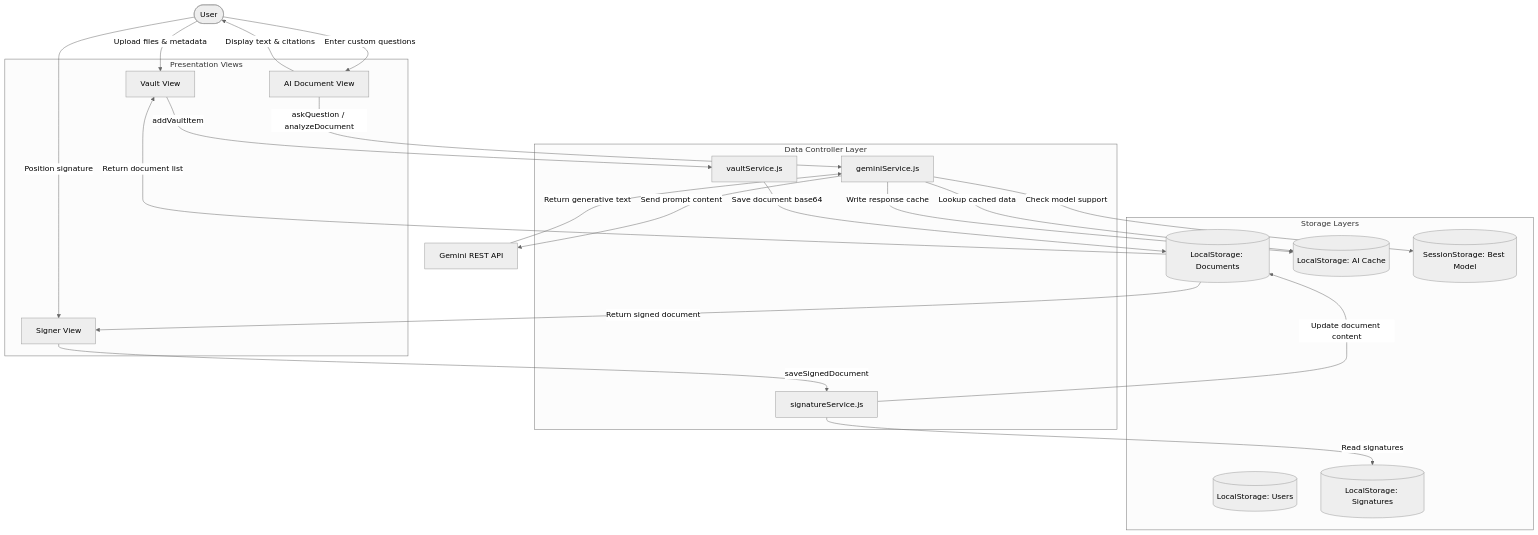
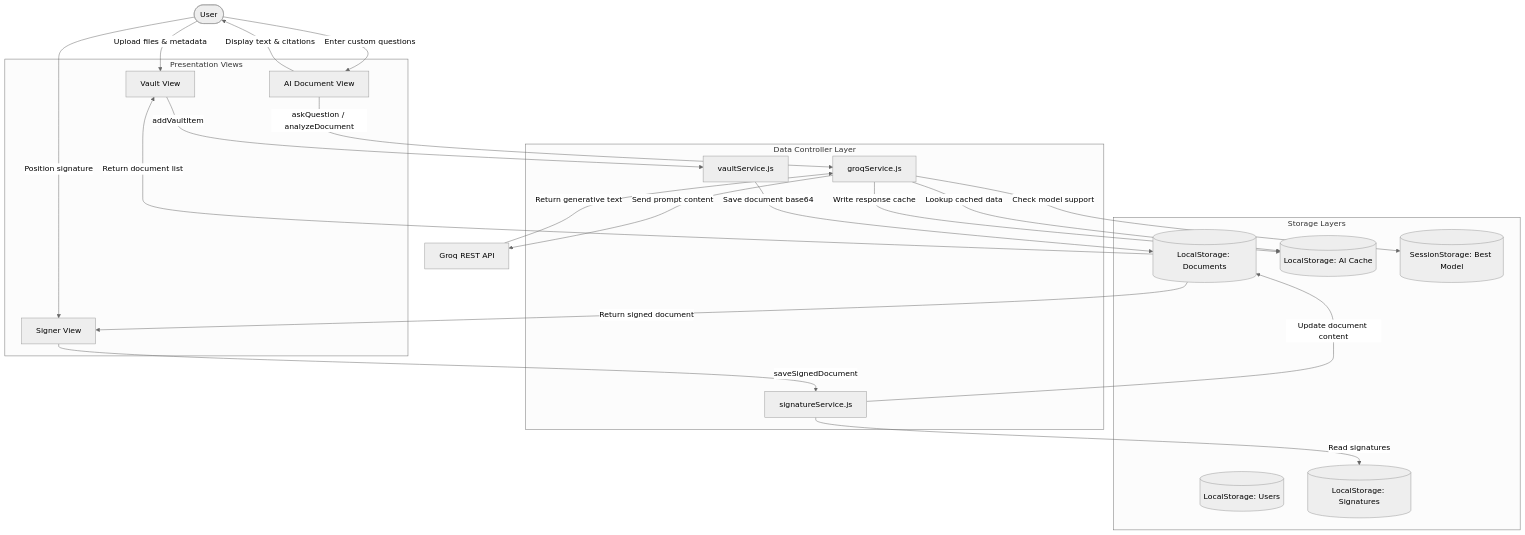
One commit to silent-knight-22/career-document-hub changed the seventh of 13 diagrams in Frontend-Technical-Design.md. Above: the diagram before and after it, drawn with Mermaid (neutral theme). The commit also changed other lines of this file and 5 other files, not shown here.

Commit message:
refactor: rename geminiService to groqService, clean up duplicate Repository_Overview, and finalize Groq rebrand

````diff
--- a/Frontend-Technical-Design.md
+++ b/Frontend-Technical-Design.md
@@ -448,49 +448,49 @@
 ```mermaid
 graph TD
     User([User])
     
     subgraph UIViews [Presentation Views]
         VaultView[Vault View]
         SignView[Signer View]
         AIView[AI Document View]
     end
     
     subgraph Services [Data Controller Layer]
         VaultSvc[vaultService.js]
         SigSvc[signatureService.js]
-        AISvc[geminiService.js]
+        AISvc[groqService.js]
     end
     
     subgraph Cache [Storage Layers]
         StoreUsers[(LocalStorage: Users)]
         StoreDocs[(LocalStorage: Documents)]
         StoreSigs[(LocalStorage: Signatures)]
         StoreAI[(LocalStorage: AI Cache)]
         SessionModel[(SessionStorage: Best Model)]
     end
     
-    ExternalAPI[Gemini REST API]
+    ExternalAPI[Groq REST API]
 
     %% Vault Operations
     User -->|Upload files & metadata| VaultView
     VaultView -->|addVaultItem| VaultSvc
     VaultSvc -->|Save document base64| StoreDocs
     StoreDocs -->|Return document list| VaultView
     
     %% Sign Operations
     User -->|Position signature| SignView
     SignView -->|saveSignedDocument| SigSvc
     SigSvc -->|Read signatures| StoreSigs
     SigSvc -->|Update document content| StoreDocs
     StoreDocs -->|Return signed document| SignView
     
     %% AI Operations
     User -->|Enter custom questions| AIView
     AIView -->|askQuestion / analyzeDocument| AISvc
     AISvc -->|Lookup cached data| StoreAI
     AISvc -->|Check model support| SessionModel
     AISvc -->|Send prompt content| ExternalAPI
     ExternalAPI -->|Return generative text| AISvc
     AISvc -->|Write response cache| StoreAI
     AIView -->|Display text & citations| User
 ```
````
